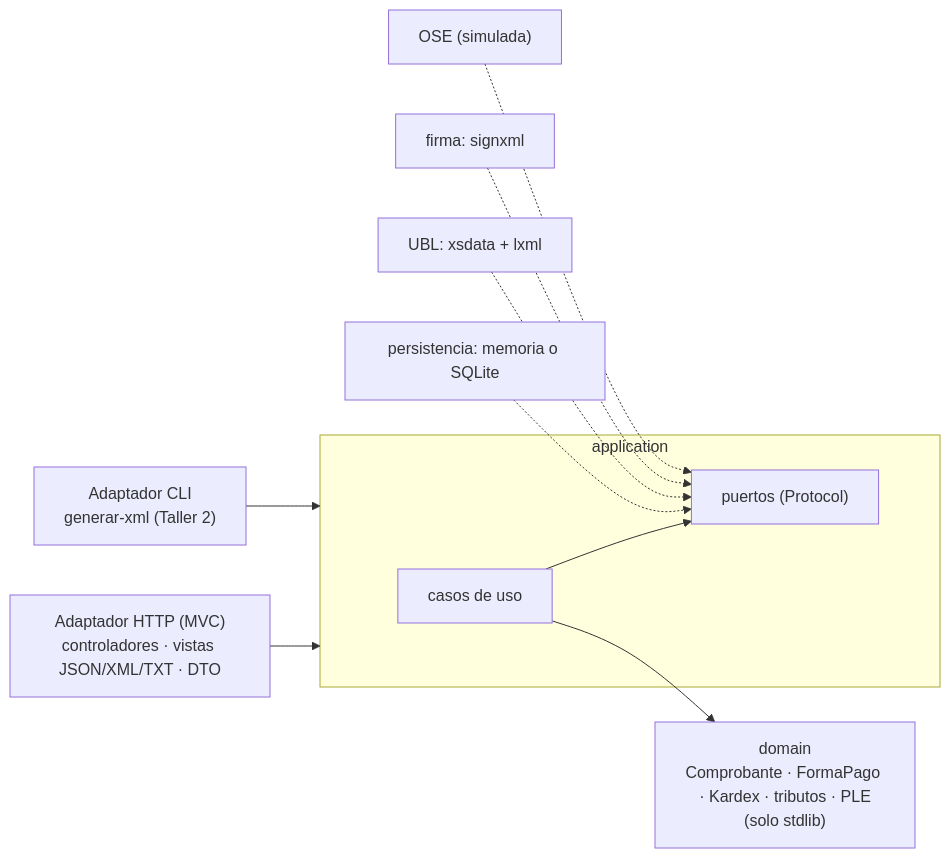
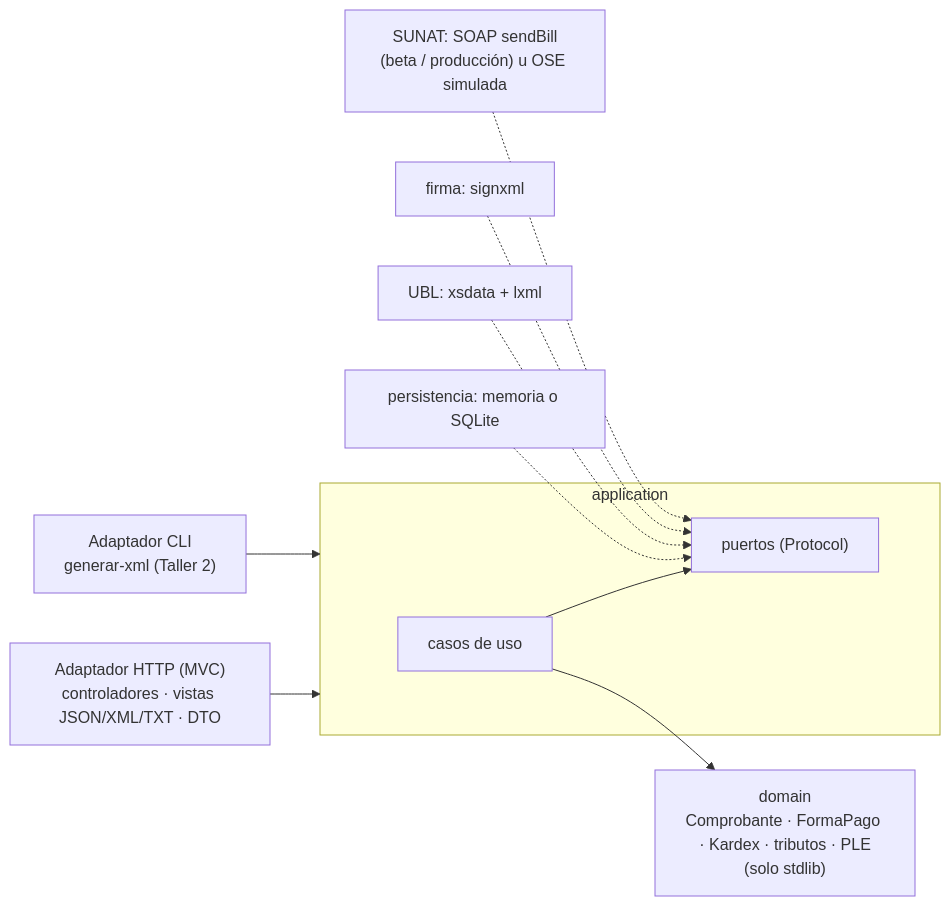
One commit to Melor-Smith/ARQUITECTURA changed the diagram in README.md. Above: the diagram before and after it, drawn with Mermaid. The commit also changed other lines of this file and 13 other files, not shown here.

````diff
--- a/README.md
+++ b/README.md
@@ -53,13 +55,13 @@
 ```mermaid
 flowchart LR
     HTTP["Adaptador HTTP (MVC)<br/>controladores · vistas JSON/XML/TXT · DTO"] --> APP
     CLI["Adaptador CLI<br/>generar-xml (Taller 2)"] --> APP
     subgraph APP["application"]
         UC["casos de uso"] --> PORTS["puertos (Protocol)"]
     end
     UC --> DOM["domain<br/>Comprobante · FormaPago · Kardex · tributos · PLE<br/>(solo stdlib)"]
     MEM["persistencia: memoria o SQLite"] -.-> PORTS
     UBL["UBL: xsdata + lxml"] -.-> PORTS
     SIG["firma: signxml"] -.-> PORTS
-    OSE["OSE (simulada)"] -.-> PORTS
+    OSE["SUNAT: SOAP sendBill<br/>(beta / producción) u OSE simulada"] -.-> PORTS
 ```
````
